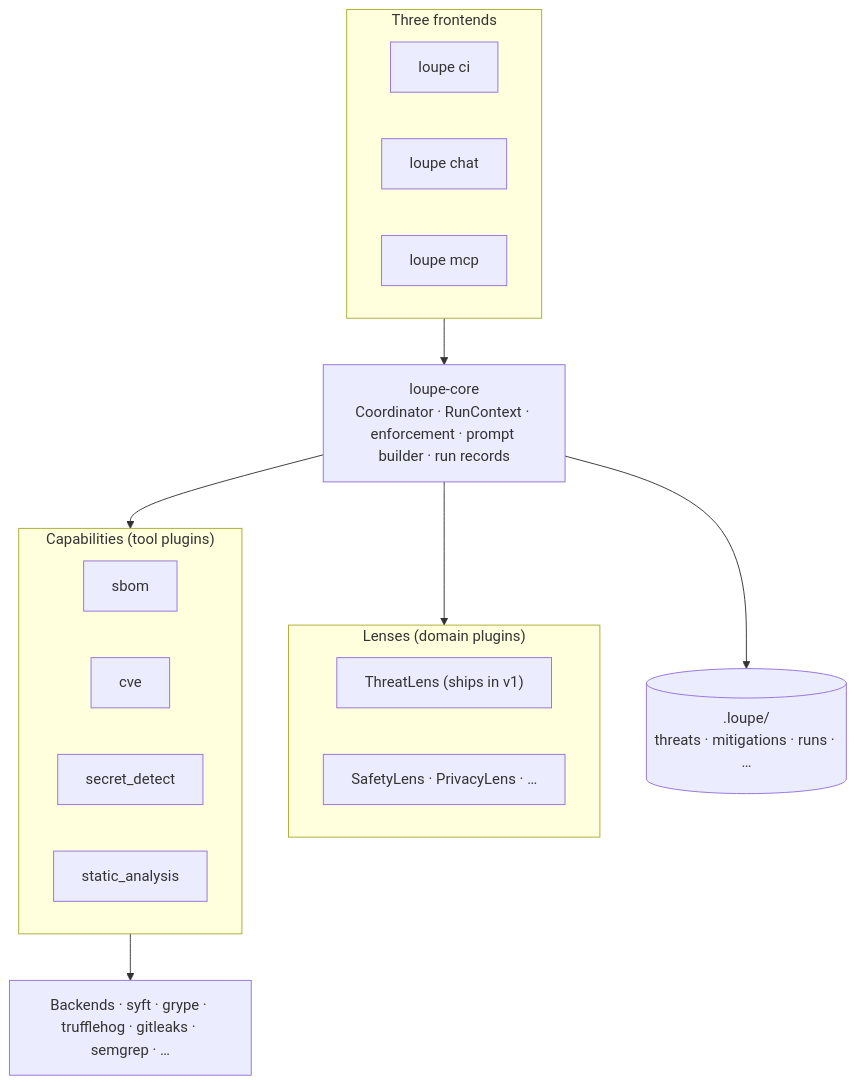
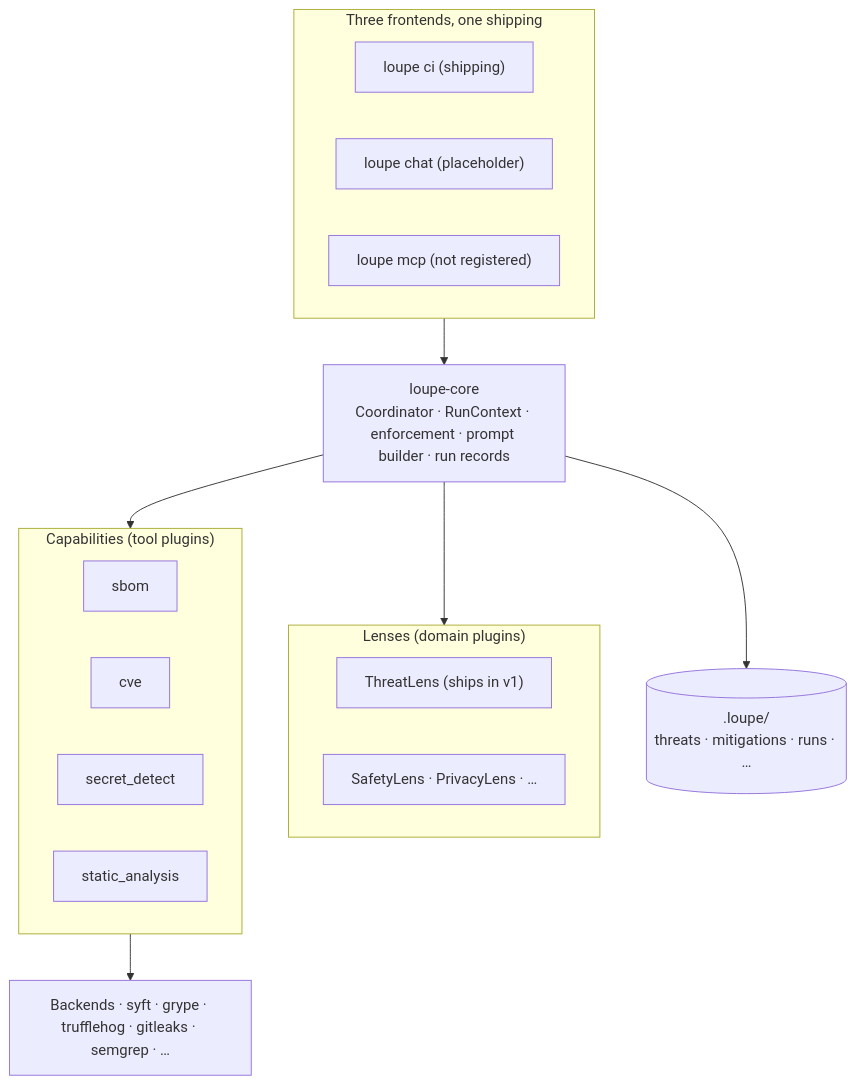
The first of 2 diagrams in docs/concepts/architecture.md (fadi-labib/loupe), drawn with Mermaid before and after one commit. The commit also changed other lines of this file and 3 other files, not shown here.

First line of the commit message:
docs: mark loupe chat + loupe mcp as not yet implemented

````diff
--- a/docs/concepts/architecture.md
+++ b/docs/concepts/architecture.md
@@ -7,32 +7,32 @@
 ```mermaid
 flowchart TB
-    subgraph frontends["Three frontends"]
-        ci["loupe ci"]
-        chat["loupe chat"]
-        mcp["loupe mcp"]
+    subgraph frontends["Three frontends, one shipping"]
+        ci["loupe ci (shipping)"]
+        chat["loupe chat (placeholder)"]
+        mcp["loupe mcp (not registered)"]
     end
 
     core["loupe-core<br/>Coordinator · RunContext · enforcement · prompt builder · run records"]
 
     subgraph lenses["Lenses (domain plugins)"]
         threatlens["ThreatLens (ships in v1)"]
         future_lenses["SafetyLens · PrivacyLens · …"]
     end
 
     subgraph caps["Capabilities (tool plugins)"]
         sbom["sbom"]
         cve["cve"]
         secrets["secret_detect"]
         sast["static_analysis"]
     end
 
     backends["Backends · syft · grype · trufflehog · gitleaks · semgrep · …"]
 
     frontends --> core
     core --> lenses
     core --> caps
     caps --> backends
 
     artefacts[(.loupe/<br/>threats · mitigations · runs · …)]
     core --> artefacts
 ```
````
